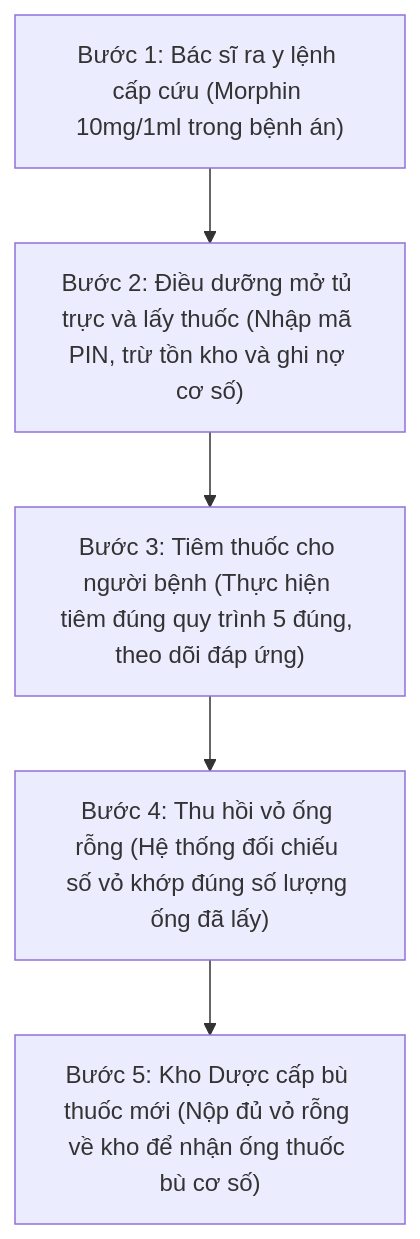
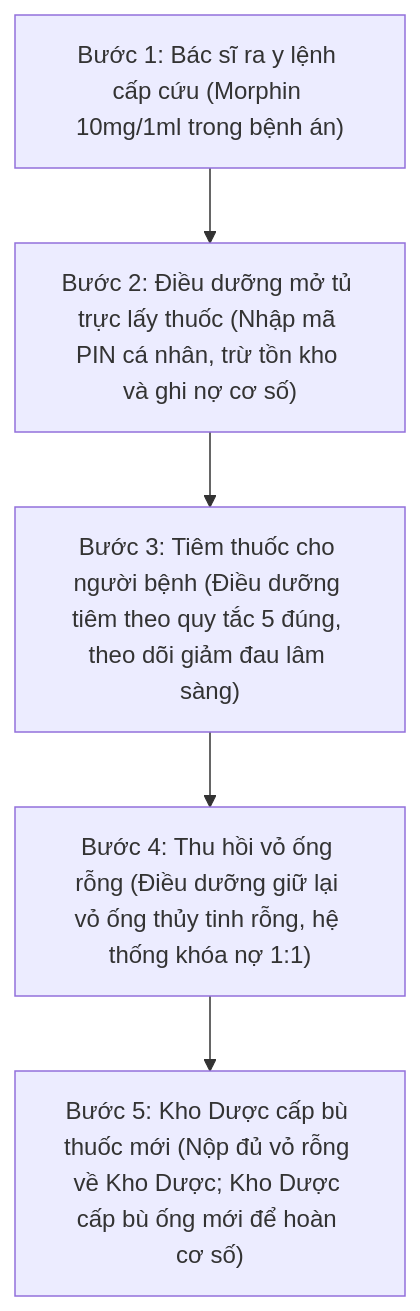
One commit to TontonYuta/clinical-ward changed the first of 3 diagrams in docs/Bao_Cao_Tien_Do_Tuan_3.md. Above: the diagram before and after it, drawn with Mermaid. The commit also changed other lines of this file and 2 other files, not shown here.

````diff
--- a/docs/Bao_Cao_Tien_Do_Tuan_3.md
+++ b/docs/Bao_Cao_Tien_Do_Tuan_3.md
@@ -42,10 +29,10 @@
 ```mermaid
 flowchart TD
     S1["Bước 1: Bác sĩ ra y lệnh cấp cứu (Morphin 10mg/1ml trong bệnh án)"]
-    S2["Bước 2: Điều dưỡng mở tủ trực và lấy thuốc (Nhập mã PIN, trừ tồn kho và ghi nợ cơ số)"]
-    S3["Bước 3: Tiêm thuốc cho người bệnh (Thực hiện tiêm đúng quy trình 5 đúng, theo dõi đáp ứng)"]
-    S4["Bước 4: Thu hồi vỏ ống rỗng (Hệ thống đối chiếu số vỏ khớp đúng số lượng ống đã lấy)"]
-    S5["Bước 5: Kho Dược cấp bù thuốc mới (Nộp đủ vỏ rỗng về kho để nhận ống thuốc bù cơ số)"]
+    S2["Bước 2: Điều dưỡng mở tủ trực lấy thuốc (Nhập mã PIN cá nhân, trừ tồn kho và ghi nợ cơ số)"]
+    S3["Bước 3: Tiêm thuốc cho người bệnh (Điều dưỡng tiêm theo quy tắc 5 đúng, theo dõi giảm đau lâm sàng)"]
+    S4["Bước 4: Thu hồi vỏ ống rỗng (Điều dưỡng giữ lại vỏ ống thủy tinh rỗng, hệ thống khóa nợ 1:1)"]
+    S5["Bước 5: Kho Dược cấp bù thuốc mới (Nộp đủ vỏ rỗng về Kho Dược; Kho Dược cấp bù ống mới để hoàn cơ số)"]
 
     S1 --> S2 --> S3 --> S4 --> S5
 ```
````
